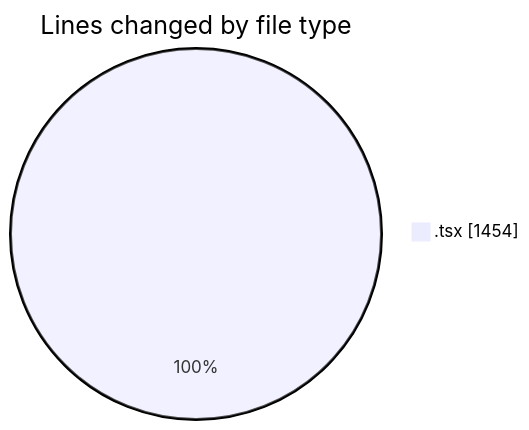
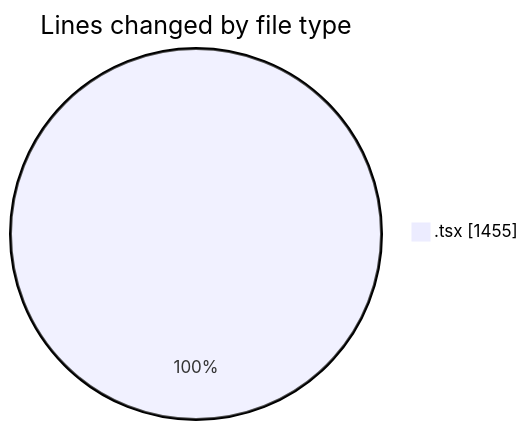
Before and after one commit to momahboobian/code-tracking: the first of 2 diagrams in 2025-02-12/cda/README.md, drawn with Mermaid. The commit also changed other lines of this file and 1 other file, not shown here.

````diff
--- a/2025-02-12/cda/README.md
+++ b/2025-02-12/cda/README.md
@@ -21,5 +21,5 @@
 ```mermaid
 pie showData
 title Lines changed by file type
-".tsx" : 1454
+".tsx" : 1455
 ```
````
